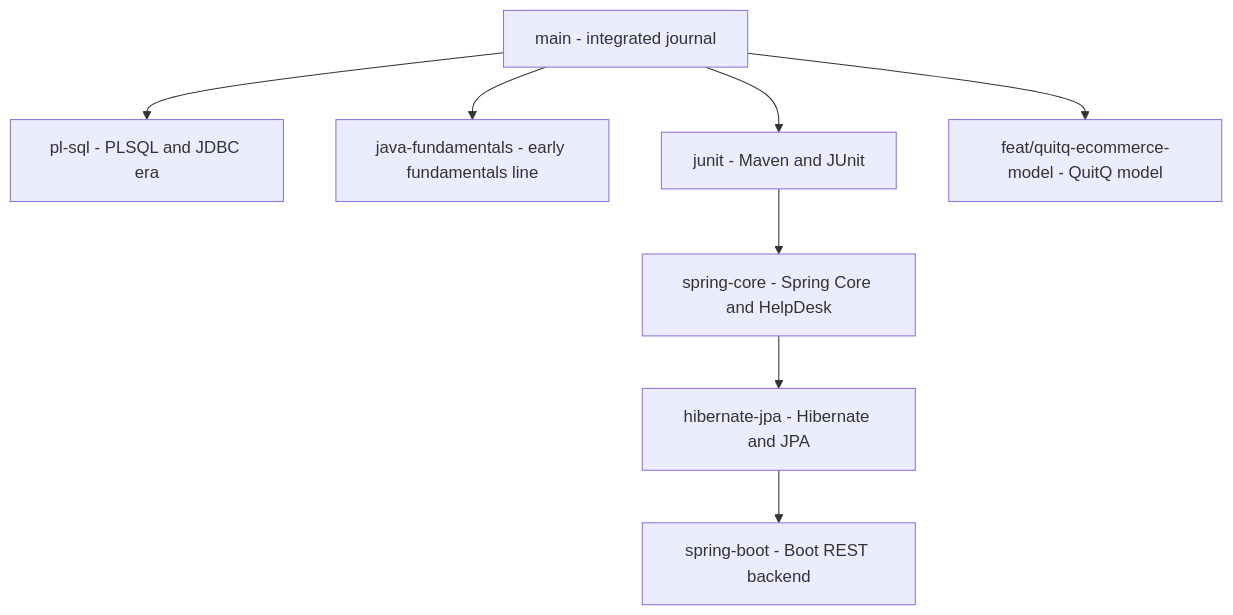
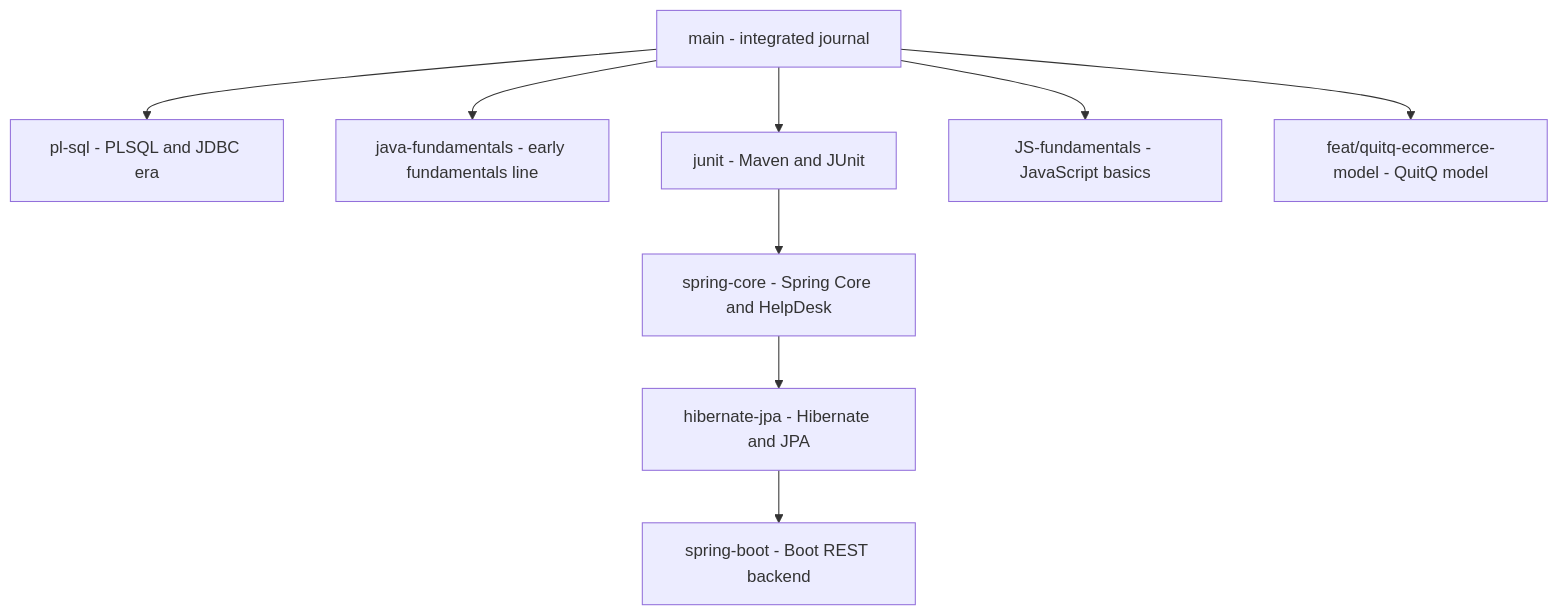
The second of 3 diagrams in README.md (KishoreMuruganantham/hexaware-training-journal), drawn with Mermaid before and after one commit. The commit also changed other lines of this file and 1 other file, not shown here.

Commit message:
Merge JS fundamentals journal entry into main README

````diff
--- a/README.md
+++ b/README.md
@@ -48,10 +48,11 @@
 ```mermaid
 flowchart TD
     M[main - integrated journal] --> P[pl-sql - PLSQL and JDBC era]
     M --> JF[java-fundamentals - early fundamentals line]
     M --> JU[junit - Maven and JUnit]
     JU --> SC[spring-core - Spring Core and HelpDesk]
     SC --> HJ[hibernate-jpa - Hibernate and JPA]
     HJ --> SB[spring-boot - Boot REST backend]
+    M --> JSF[JS-fundamentals - JavaScript basics]
     M --> QQ[feat/quitq-ecommerce-model - QuitQ model]
 ```
````
